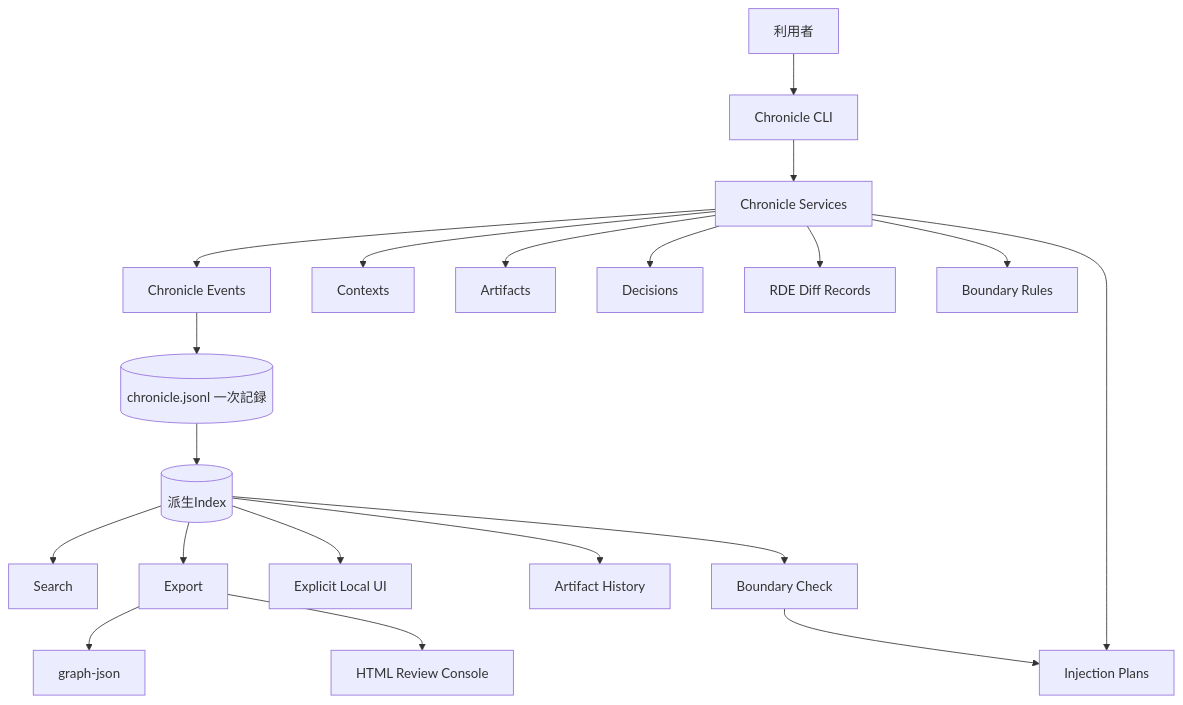
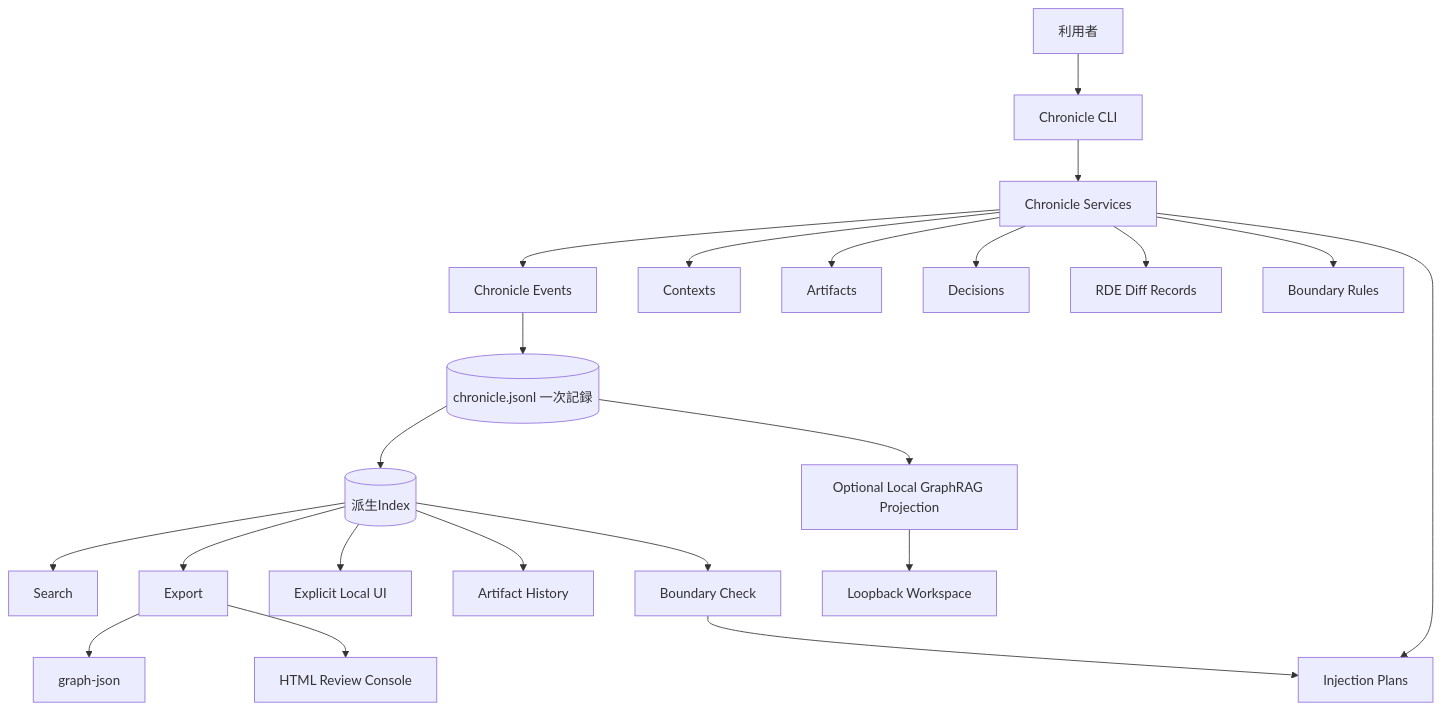
Before and after one commit to zyx-corporation/chronicle-stack: the diagram in docs/product-overview.md, drawn with Mermaid. The commit also changed other lines of this file and 28 other files, not shown here.

Commit message:
feat: add guarded local GraphRAG workspace

````diff
--- a/docs/product-overview.md
+++ b/docs/product-overview.md
@@ -42,22 +45,24 @@
 ```mermaid
 flowchart TD
     U[利用者] --> CLI[Chronicle CLI]
     CLI --> S[Chronicle Services]
     S --> E[Chronicle Events]
     S --> C[Contexts]
     S --> A[Artifacts]
     S --> D[Decisions]
     S --> R[RDE Diff Records]
     S --> B[Boundary Rules]
     S --> P[Injection Plans]
     E --> J[(chronicle.jsonl 一次記録)]
     J --> I[(派生Index)]
     I --> Search[Search]
     I --> Export[Export]
     I --> UI[Explicit Local UI]
+    J --> LR[Optional Local GraphRAG Projection]
+    LR --> W[Loopback Workspace]
     I --> History[Artifact History]
     I --> Check[Boundary Check]
     Check --> P
     Export --> G[graph-json]
     Export --> H[HTML Review Console]
 ```
````
